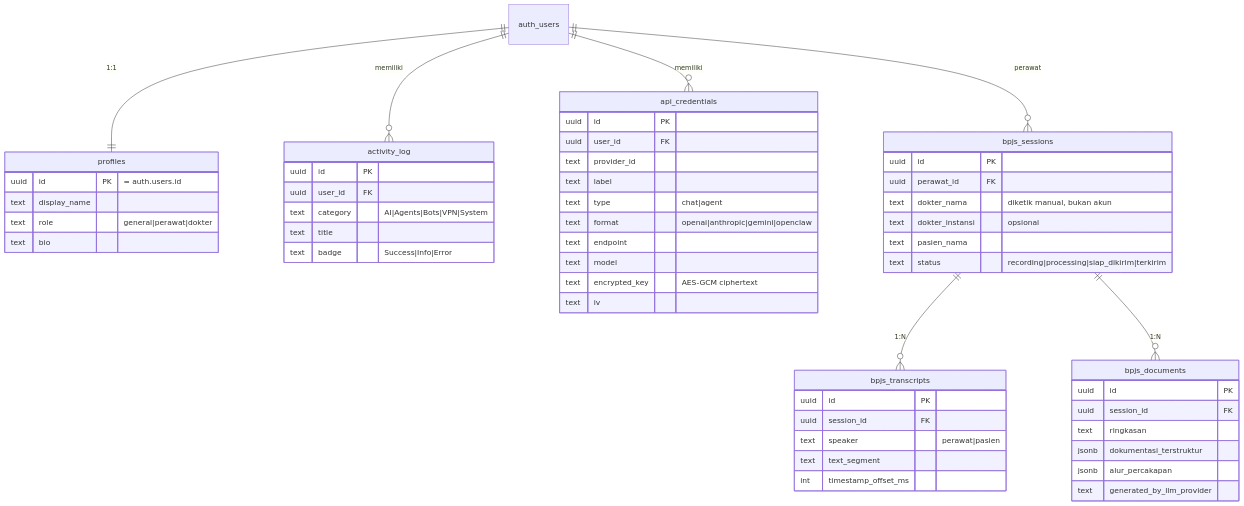
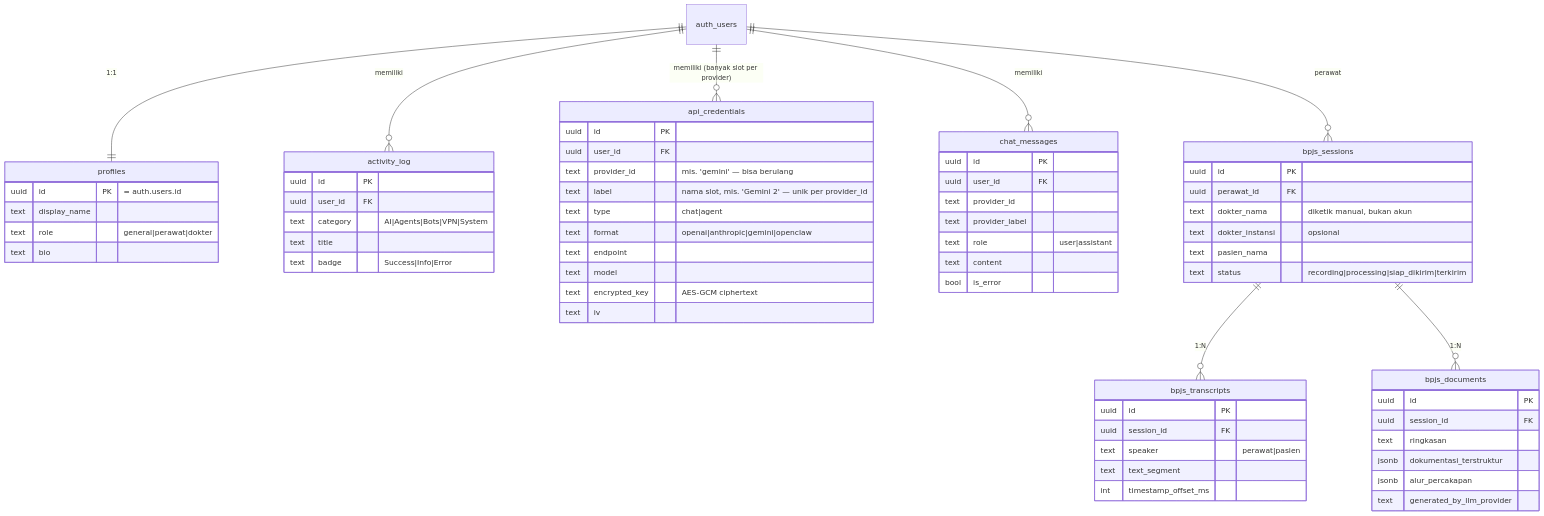
Before and after one commit to Khoirul-Yardan/PROJECT-MOBILE-APP: the third of 15 diagrams in docs/diagram-alur.md, drawn with Mermaid. The commit also changed other lines of this file and 42 other files, not shown here.

````diff
--- a/docs/diagram-alur.md
+++ b/docs/diagram-alur.md
@@ -161,58 +164,68 @@
 ```mermaid
 erDiagram
     auth_users ||--|| profiles : "1:1"
     auth_users ||--o{ activity_log : "memiliki"
-    auth_users ||--o{ api_credentials : "memiliki"
+    auth_users ||--o{ api_credentials : "memiliki (banyak slot per provider)"
+    auth_users ||--o{ chat_messages : "memiliki"
     auth_users ||--o{ bpjs_sessions : "perawat"
     bpjs_sessions ||--o{ bpjs_transcripts : "1:N"
     bpjs_sessions ||--o{ bpjs_documents : "1:N"
 
     profiles {
         uuid id PK "= auth.users.id"
         text display_name
         text role "general|perawat|dokter"
         text bio
     }
     activity_log {
         uuid id PK
         uuid user_id FK
         text category "AI|Agents|Bots|VPN|System"
         text title
         text badge "Success|Info|Error"
     }
     api_credentials {
         uuid id PK
         uuid user_id FK
-        text provider_id
-        text label
+        text provider_id "mis. 'gemini' — bisa berulang"
+        text label "nama slot, mis. 'Gemini 2' — unik per provider_id"
         text type "chat|agent"
         text format "openai|anthropic|gemini|openclaw"
         text endpoint
         text model
         text encrypted_key "AES-GCM ciphertext"
         text iv
+    }
+    chat_messages {
+        uuid id PK
+        uuid user_id FK
+        text provider_id
+        text provider_label
+        text role "user|assistant"
+        text content
+        bool is_error
     }
     bpjs_sessions {
         uuid id PK
         uuid perawat_id FK
         text dokter_nama "diketik manual, bukan akun"
         text dokter_instansi "opsional"
         text pasien_nama
         text status "recording|processing|siap_dikirim|terkirim"
     }
     bpjs_transcripts {
         uuid id PK
         uuid session_id FK
         text speaker "perawat|pasien"
         text text_segment
         int timestamp_offset_ms
     }
     bpjs_documents {
         uuid id PK
         uuid session_id FK
         text ringkasan
         jsonb dokumentasi_terstruktur
         jsonb alur_percakapan
         text generated_by_llm_provider
     }
 ```
````
